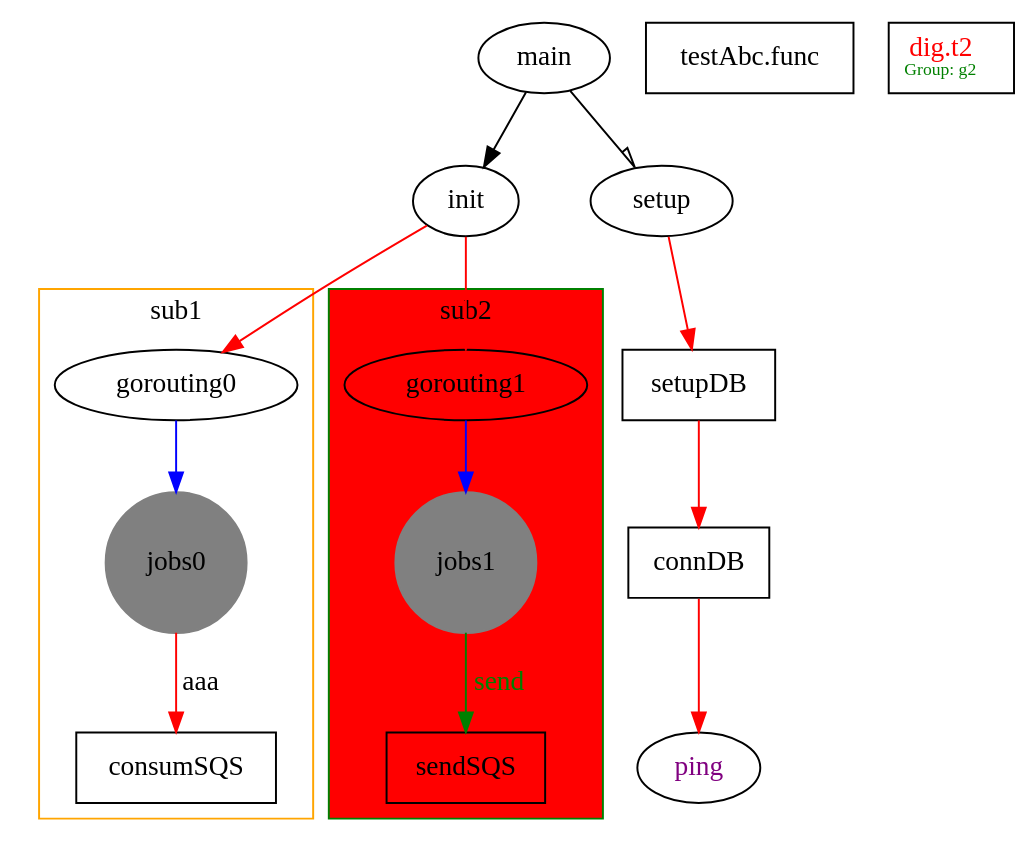
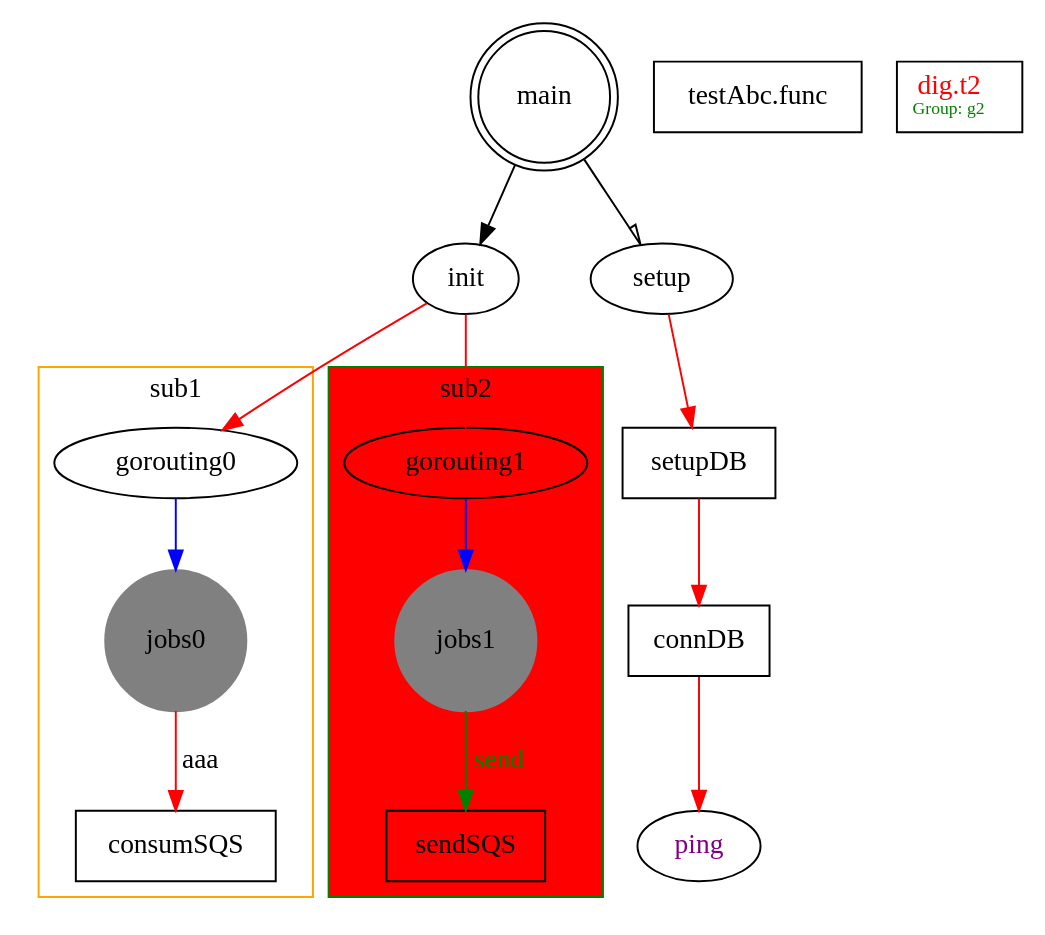
Before and after one commit to lpxxn/dot_graph: the diagram in simple1.dot, drawn with Graphviz. The commit also changed 1 other file, not shown here.

```diff
--- a/simple1.dot
+++ b/simple1.dot
@@ -1,37 +1,39 @@
 digraph G {
     //size ="3,11";
+    //rankdir=LR; 图默认是竖着展示，可以通过randk direction去控制方向
+    main[shape=doublecircle] // https://graphviz.org/doc/info/shapes.html
     main -> init;
     main -> setup [arrowhead=olnormal]; // https://graphviz.org/doc/info/arrows.html
     node [shape=box];
     edge [color=red];
     setup -> setupDB;
     setupDB -> connDB;
     ping[shape=ellipse, fontcolor=purple];
     connDB -> ping;
     init -> gorouting0 [];
     init -> gorouting1 [];
     "testAbc.func" // 有特殊字符.要加双引号
     "dig.t2[group=g2]1" [label=<dig.t2<BR /><FONT POINT-SIZE="9" color="green">Group: g2</FONT>>, fontcolor=red];
 
     
     //graph [compound=true];
      subgraph cluster1 {
         label = "sub1"
         color=orange;
         gorouting0 [shape = ellipse];
         jobs0 [shape = circle, style=filled,color=grey];
         gorouting0 -> jobs0 [color=blue];
         jobs0 -> consumSQS [label="aaa"];
     }
 
     subgraph cluster2 {
         label = "sub2"
         color=green;
         bgcolor = red;
 
         gorouting1 [shape = ellipse];
         jobs1 [shape = circle, style=filled,color=grey];
         gorouting1 -> jobs1 [color=blue];
         jobs1 -> sendSQS [label="send",color=green,fontcolor=green];
     }
 }
```
